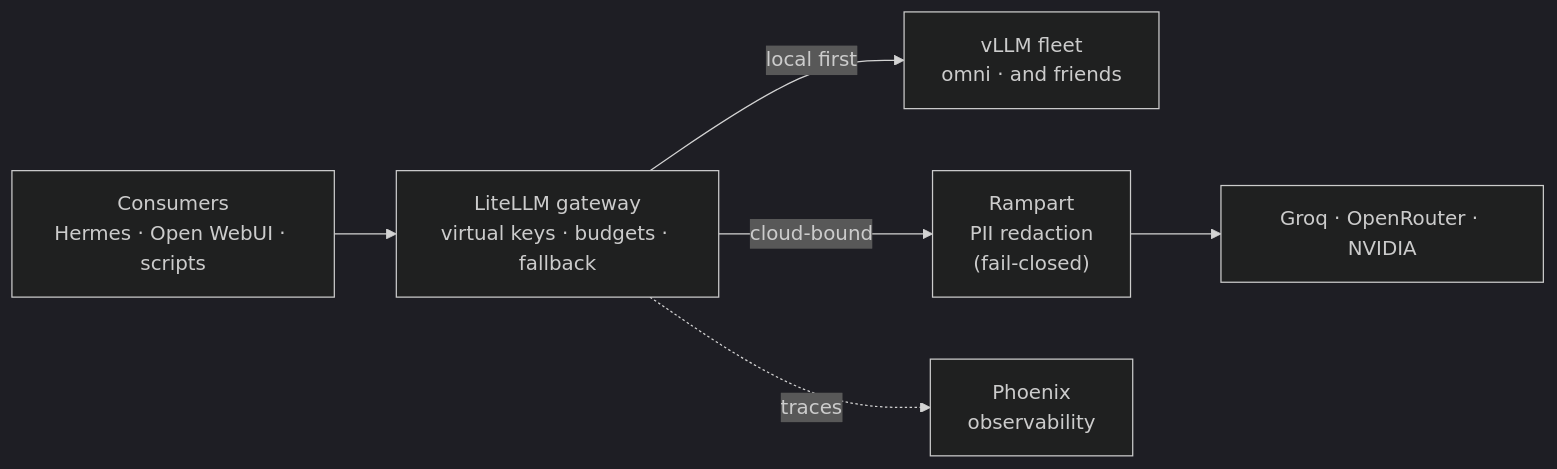
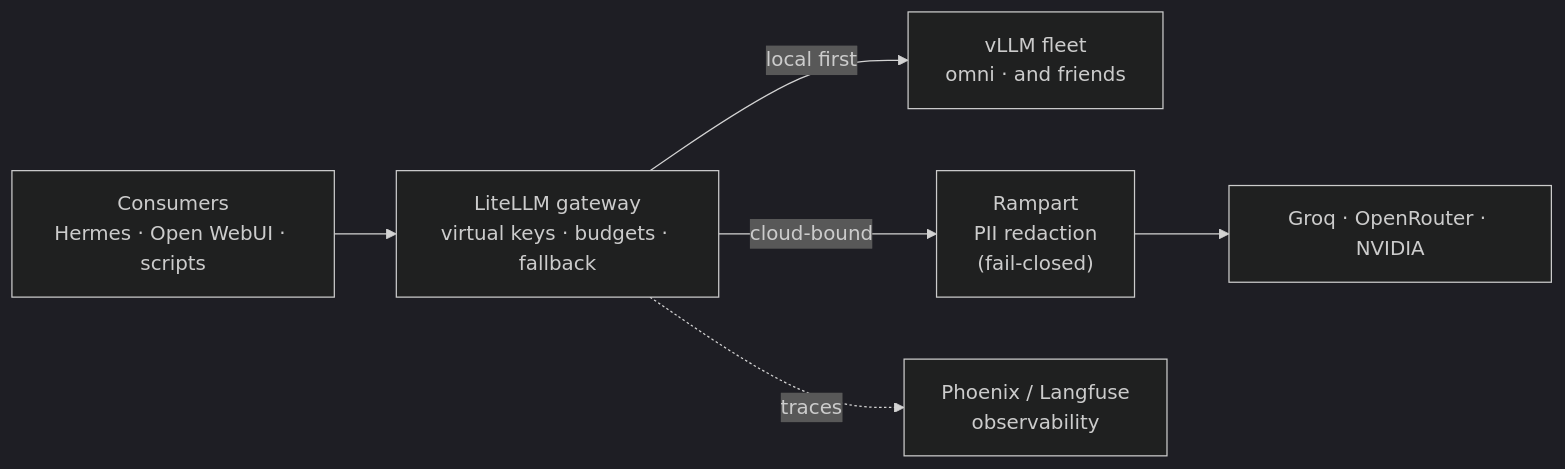
One commit to briancaffey/home-lab changed the diagram in docs-site/docs/ai/litellm.md. Above: the diagram before and after it, drawn with Mermaid (dark theme). The commit also changed other lines of this file and 10 other files, not shown here.

````diff
--- a/docs-site/docs/ai/litellm.md
+++ b/docs-site/docs/ai/litellm.md
@@ -26,8 +26,8 @@
 ```mermaid
 flowchart LR
     consumers["Consumers<br/>Hermes · Open WebUI · scripts"] --> gw["LiteLLM gateway<br/>virtual keys · budgets · fallback"]
     gw -->|local first| vllm["vLLM fleet<br/>omni · and friends"]
     gw -->|cloud-bound| rampart["Rampart<br/>PII redaction<br/>(fail-closed)"]
     rampart --> cloud["Groq · OpenRouter · NVIDIA"]
-    gw -.traces.-> phoenix["Phoenix<br/>observability"]
+    gw -.traces.-> phoenix["Phoenix / Langfuse<br/>observability"]
 ```
````
